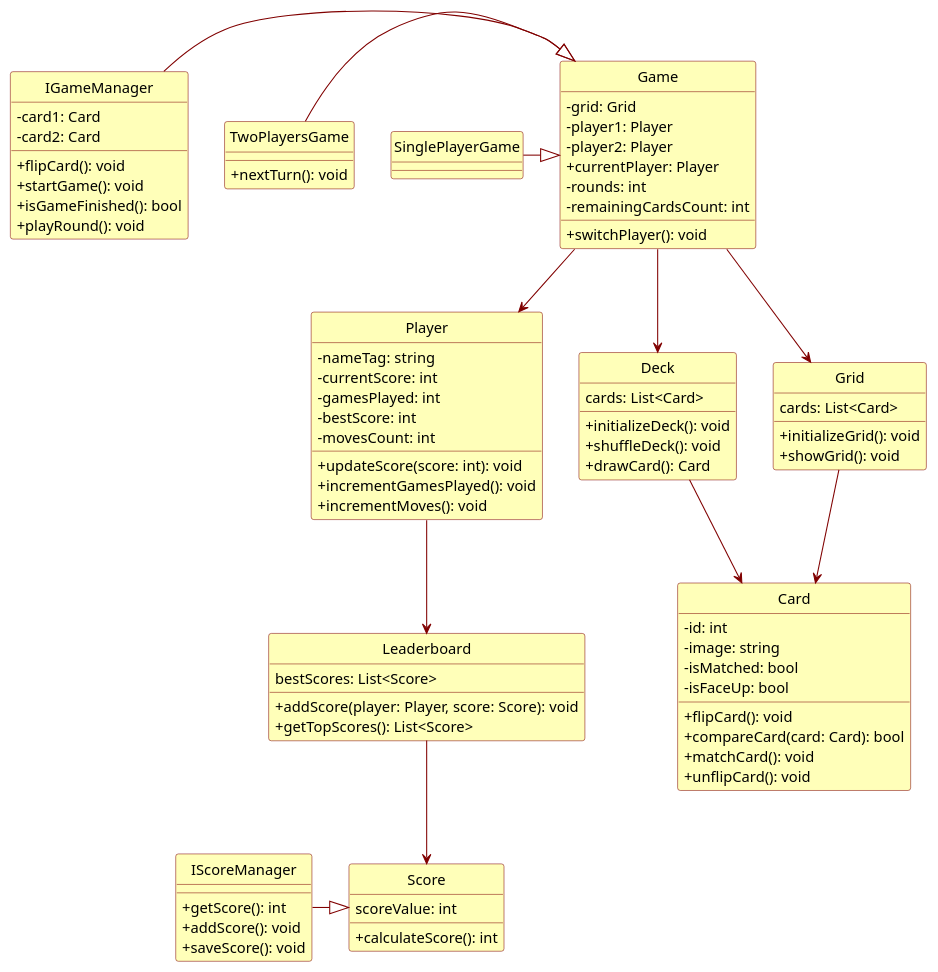
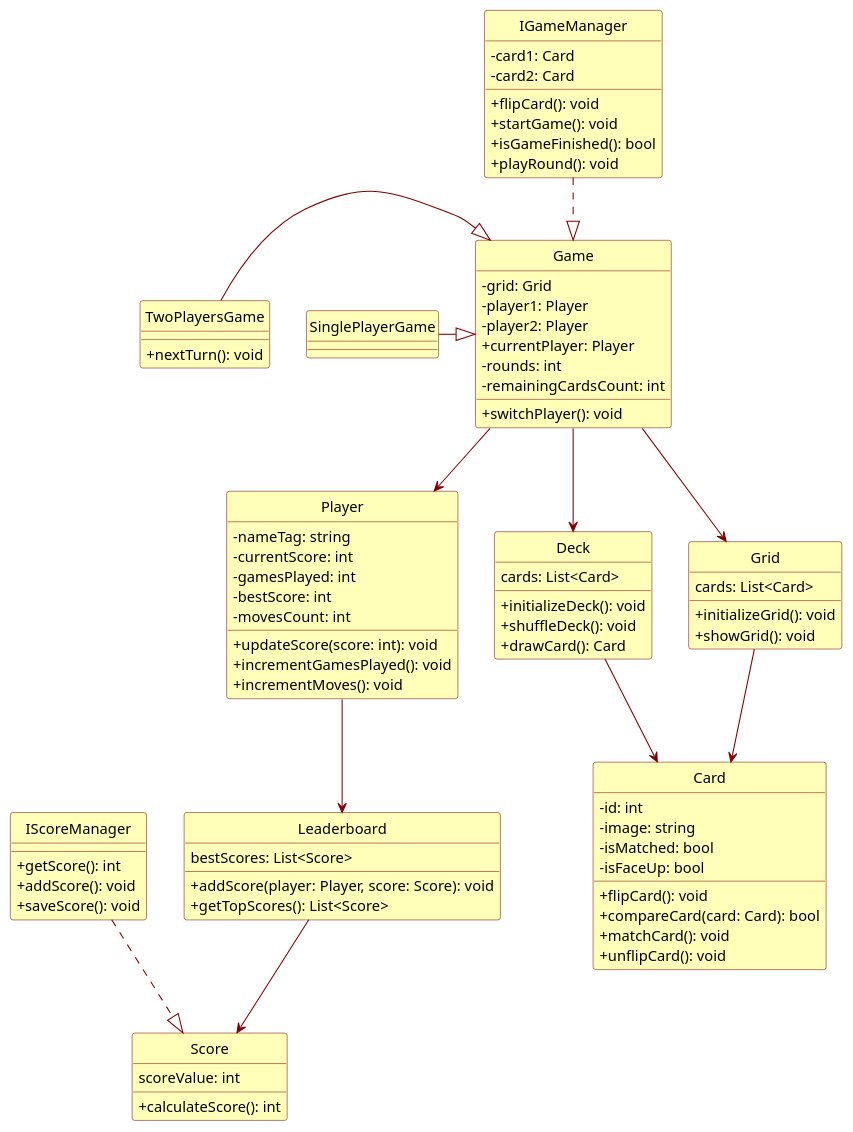
Before and after one commit to PosiTr0n505/Game-Memory: the diagram in src/Docs/Diagrammes/classes.md, drawn with PlantUML.

Commit message:
Mise à jour de 'src/Docs/Diagrammes/classes.md'

```diff
--- a/src/Docs/Diagrammes/classes.md
+++ b/src/Docs/Diagrammes/classes.md
@@ -109,13 +109,13 @@
 }
 
 ' Relations
-IGameManager  -|> Game
+IGameManager  ..|> Game
 Game --> Player
 Game --> Grid
 TwoPlayersGame -|> Game
 SinglePlayerGame -|> Game
 Grid --> Card
-IScoreManager  -|> Score
+IScoreManager  ..|> Score
 Leaderboard --> Score
 Player --> Leaderboard
 Game --> Deck
```
